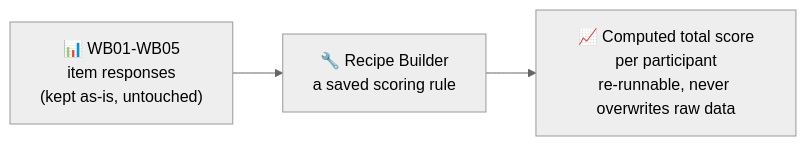
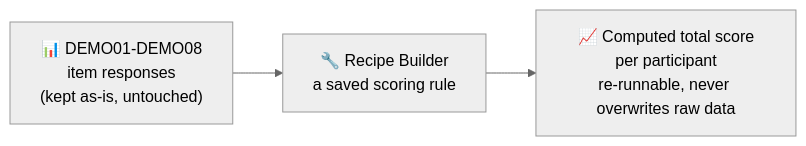
The diagram in docs/TUTORIAL_BEGINNER_4_RECIPE.md (MRI-Lab-Graz/prism-studio), drawn with Mermaid (neutral theme) before and after one commit. The commit also changed other lines of this file and 33 other files, not shown here.

````diff
--- a/docs/TUTORIAL_BEGINNER_4_RECIPE.md
+++ b/docs/TUTORIAL_BEGINNER_4_RECIPE.md
@@ -12,5 +12,5 @@
 ```{mermaid}
 flowchart LR
-    A["📊 WB01-WB05<br/>item responses<br/>(kept as-is, untouched)"] --> B["🔧 Recipe Builder<br/>a saved scoring rule"]
+    A["📊 DEMO01-DEMO08<br/>item responses<br/>(kept as-is, untouched)"] --> B["🔧 Recipe Builder<br/>a saved scoring rule"]
     B --> C["📈 Computed total score<br/>per participant<br/>re-runnable, never overwrites raw data"]
 ```
````
